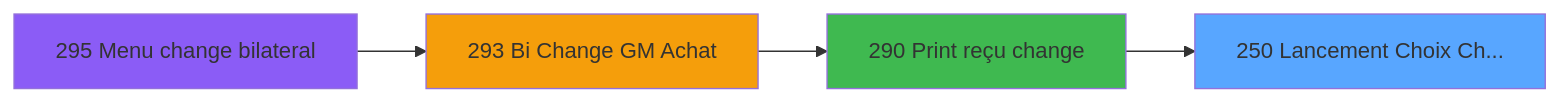
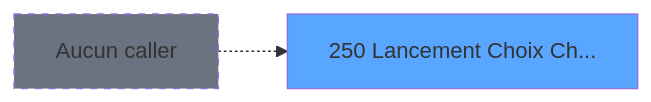
One commit to thonyAGP/magic-migration changed the second of 3 diagrams in .openspec/specs/ADH-IDE-250.md. Above: the diagram before and after it, drawn with Mermaid. The commit also changed other lines of this file and 493 other files, not shown here.

````diff
--- a/.openspec/specs/ADH-IDE-250.md
+++ b/.openspec/specs/ADH-IDE-250.md
@@ -158,14 +157,8 @@
 ```mermaid
 graph LR
     T250[250 Lancement Choix Ch...]
     style T250 fill:#58a6ff
-    CC295[295 Menu change bilateral]
-    style CC295 fill:#8b5cf6
-    CC293[293 Bi Change GM Achat]
-    style CC293 fill:#f59e0b
-    CC290[290 Print reçu change]
-    style CC290 fill:#3fb950
-    CC293 --> CC290
-    CC295 --> CC293
-    CC290 --> T250
+    NONE[Aucun caller]
+    NONE -.-> T250
+    style NONE fill:#6b7280,stroke-dasharray: 5 5
 ```
````
